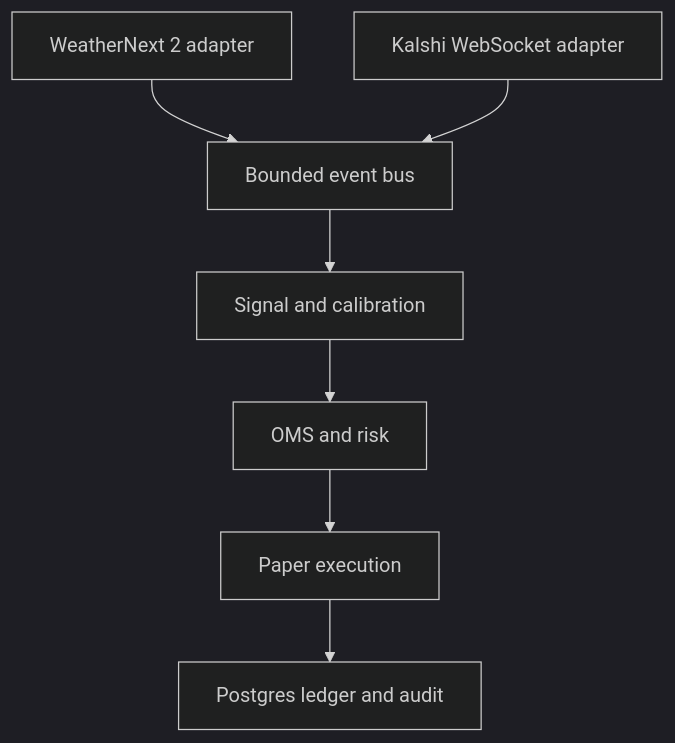
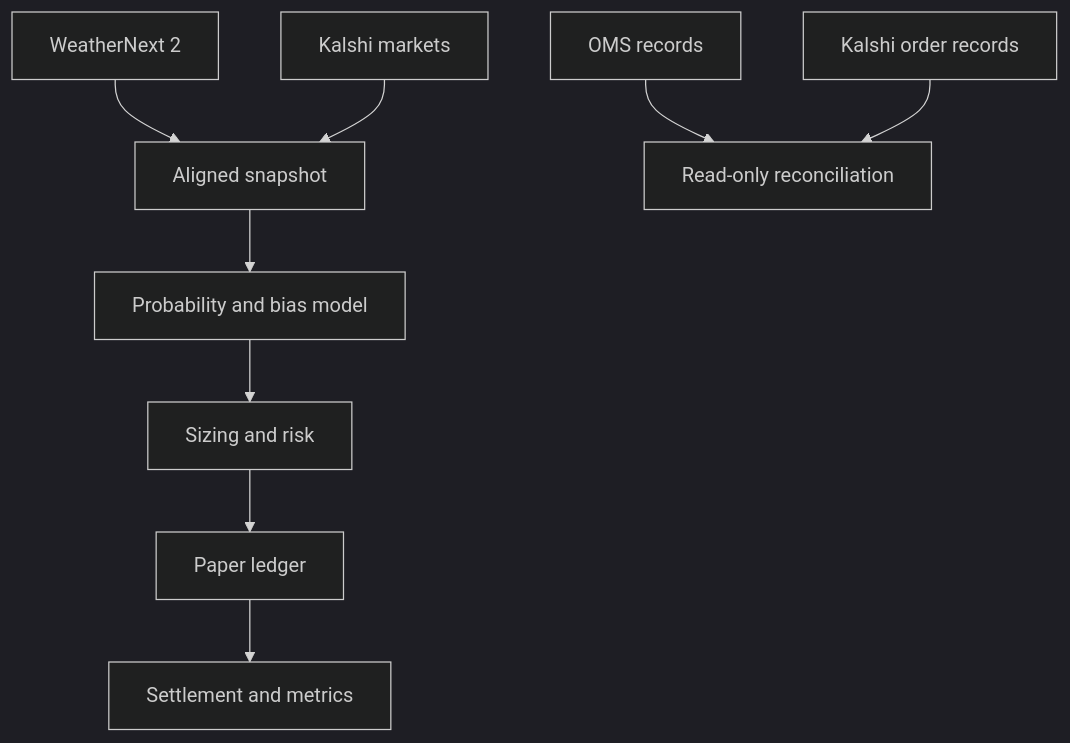
One commit to daviskennedy10/kalshi-weather-oms-project changed the diagram in README.md. Above: the diagram before and after it, drawn with Mermaid (dark theme). The commit also changed other lines of this file and 31 other files, not shown here.

First line of the commit message:
feat: add position sizing metrics and dashboard API

````diff
--- a/README.md
+++ b/README.md
@@ -20,9 +25,12 @@
 ```mermaid
 flowchart TD
-    W["WeatherNext 2 adapter"] --> B["Bounded event bus"]
-    K["Kalshi WebSocket adapter"] --> B
-    B --> S["Signal and calibration"]
-    S --> O["OMS and risk"]
-    O --> P["Paper execution"]
-    P --> D["Postgres ledger and audit"]
+    W["WeatherNext 2"] --> A["Aligned snapshot"]
+    K["Kalshi markets"] --> A
+    A --> S["Probability and bias model"]
+    S --> R["Sizing and risk"]
+    R --> P["Paper ledger"]
+    P --> M["Settlement and metrics"]
+
+    O["OMS records"] --> C["Read-only reconciliation"]
+    X["Kalshi order records"] --> C
 ```
````
